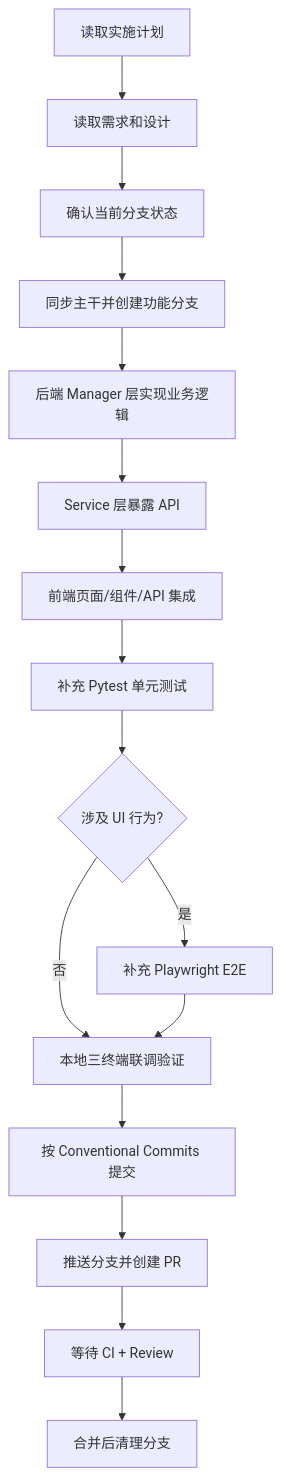
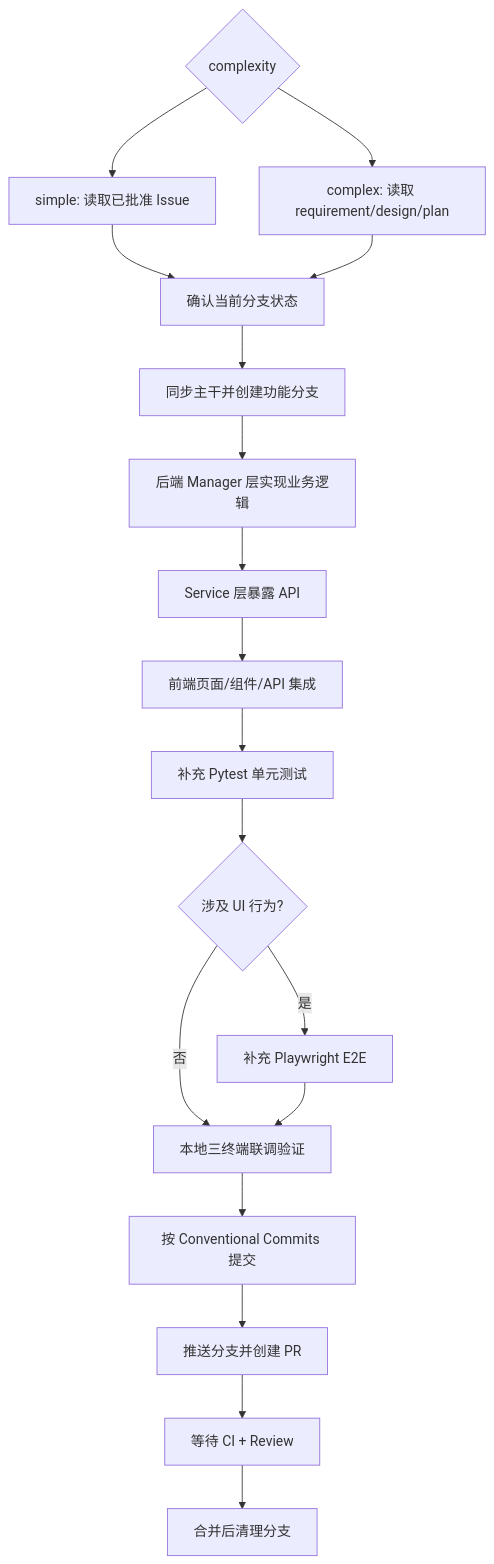
One commit to JumpStarGroup/health_platform changed the tenth of 17 diagrams in docs/PROJECT-WORKFLOW-ROLES.md. Above: the diagram before and after it, drawn with Mermaid. The commit also changed other lines of this file and 10 other files, not shown here.

````diff
--- a/docs/PROJECT-WORKFLOW-ROLES.md
+++ b/docs/PROJECT-WORKFLOW-ROLES.md
@@ -408,18 +408,20 @@
 ```mermaid
 flowchart TD
-    A[读取实施计划] --> B[读取需求和设计]
-    B --> C[确认当前分支状态]
-    C --> D[同步主干并创建功能分支]
-    D --> E[后端 Manager 层实现业务逻辑]
-    E --> F[Service 层暴露 API]
-    F --> G[前端页面/组件/API 集成]
-    G --> H[补充 Pytest 单元测试]
-    H --> I{涉及 UI 行为?}
-    I -- 是 --> J[补充 Playwright E2E]
-    I -- 否 --> K[本地三终端联调验证]
-    J --> K
-    K --> L[按 Conventional Commits 提交]
-    L --> M[推送分支并创建 PR]
-    M --> N[等待 CI + Review]
-    N --> O[合并后清理分支]
+    A{complexity} --> B[simple: 读取已批准 Issue]
+    A --> C[complex: 读取 requirement/design/plan]
+    B --> D[确认当前分支状态]
+    C --> D
+    D --> E[同步主干并创建功能分支]
+    E --> F[后端 Manager 层实现业务逻辑]
+    F --> G[Service 层暴露 API]
+    G --> H[前端页面/组件/API 集成]
+    H --> I[补充 Pytest 单元测试]
+    I --> J{涉及 UI 行为?}
+    J -- 是 --> K[补充 Playwright E2E]
+    J -- 否 --> L[本地三终端联调验证]
+    K --> L
+    L --> M[按 Conventional Commits 提交]
+    M --> N[推送分支并创建 PR]
+    N --> O[等待 CI + Review]
+    O --> P[合并后清理分支]
 ```
````
